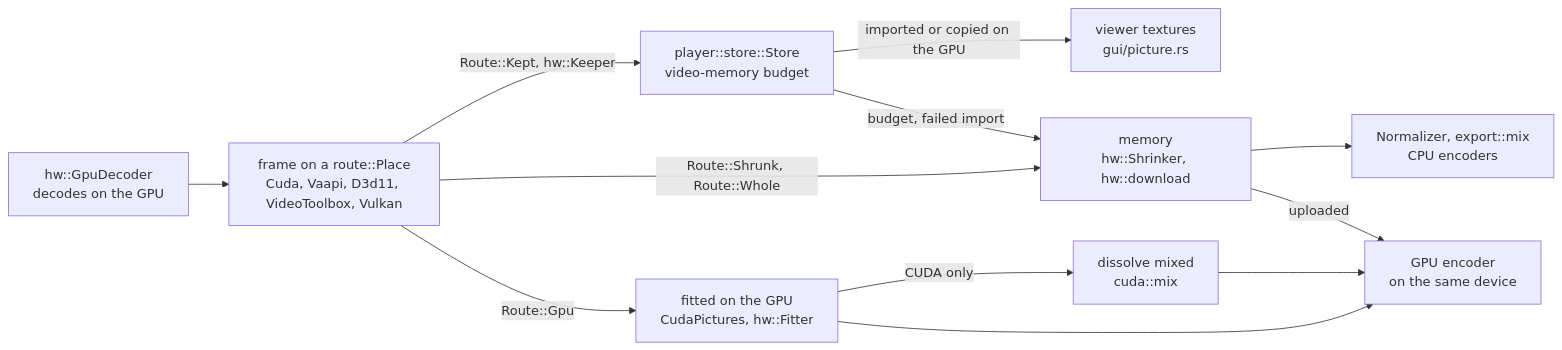
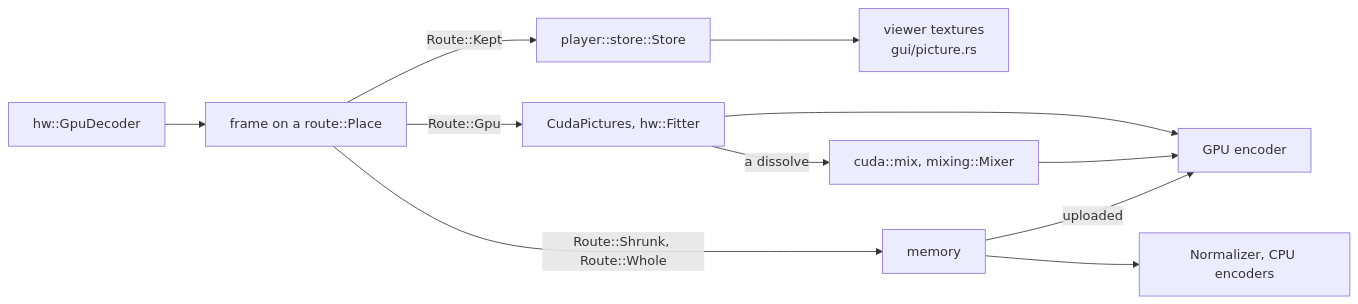
Before and after one commit to oittaa/vidcut: the diagram in docs/design/gpu.md, drawn with Mermaid. The commit also changed other lines of this file, not shown here.

First line of the commit message:
docs: a shorter gpu.md

````diff
--- a/docs/design/gpu.md
+++ b/docs/design/gpu.md
@@ -9,14 +8,13 @@
 ```mermaid
 flowchart LR
-  dec["hw::GpuDecoder<br>decodes on the GPU"] --> frame["frame on a route::Place<br>Cuda, Vaapi, D3d11, VideoToolbox, Vulkan"]
-  frame -->|"Route::Kept, hw::Keeper"| store["player::store::Store<br>video-memory budget"]
-  store -->|"imported or copied on the GPU"| shown["viewer textures<br>gui/picture.rs"]
-  frame -->|"Route::Gpu"| fitted["fitted on the GPU<br>CudaPictures, hw::Fitter"]
-  fitted -->|"CUDA only"| mixed["dissolve mixed<br>cuda::mix"]
-  fitted --> genc["GPU encoder<br>on the same device"]
+  dec["hw::GpuDecoder"] --> frame["frame on a route::Place"]
+  frame -->|"Route::Kept"| store["player::store::Store"]
+  store --> shown["viewer textures<br>gui/picture.rs"]
+  frame -->|"Route::Gpu"| fitted["CudaPictures, hw::Fitter"]
+  fitted -->|"a dissolve"| mixed["cuda::mix, mixing::Mixer"]
+  fitted --> genc["GPU encoder"]
   mixed --> genc
-  frame -->|"Route::Shrunk, Route::Whole"| mem["memory<br>hw::Shrinker, hw::download"]
-  store -->|"budget, failed import"| mem
-  mem --> cpu["Normalizer, export::mix<br>CPU encoders"]
+  frame -->|"Route::Shrunk, Route::Whole"| mem["memory"]
+  mem --> cpu["Normalizer, CPU encoders"]
   mem -->|"uploaded"| genc
 ```
````
